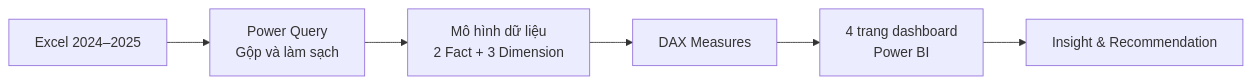
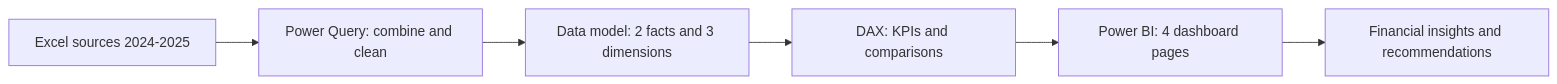
One commit to Tphuonggggg/Financial-Analytics-PowerBI changed the second of 2 diagrams in README.md. Above: the diagram before and after it, drawn with Mermaid. The commit also changed other lines of this file, not shown here.

````diff
--- a/README.md
+++ b/README.md
@@ -159,8 +123,8 @@
 ```mermaid
 flowchart LR
-    A["Excel 2024–2025"] --> B["Power Query<br/>Gộp và làm sạch"]
-    B --> C["Mô hình dữ liệu<br/>2 Fact + 3 Dimension"]
-    C --> D["DAX Measures"]
-    D --> E["4 trang dashboard<br/>Power BI"]
-    E --> F["Insight & Recommendation"]
+    A["Excel sources 2024-2025"] --> B["Power Query: combine and clean"]
+    B --> C["Data model: 2 facts and 3 dimensions"]
+    C --> D["DAX: KPIs and comparisons"]
+    D --> E["Power BI: 4 dashboard pages"]
+    E --> F["Financial insights and recommendations"]
 ```
````
